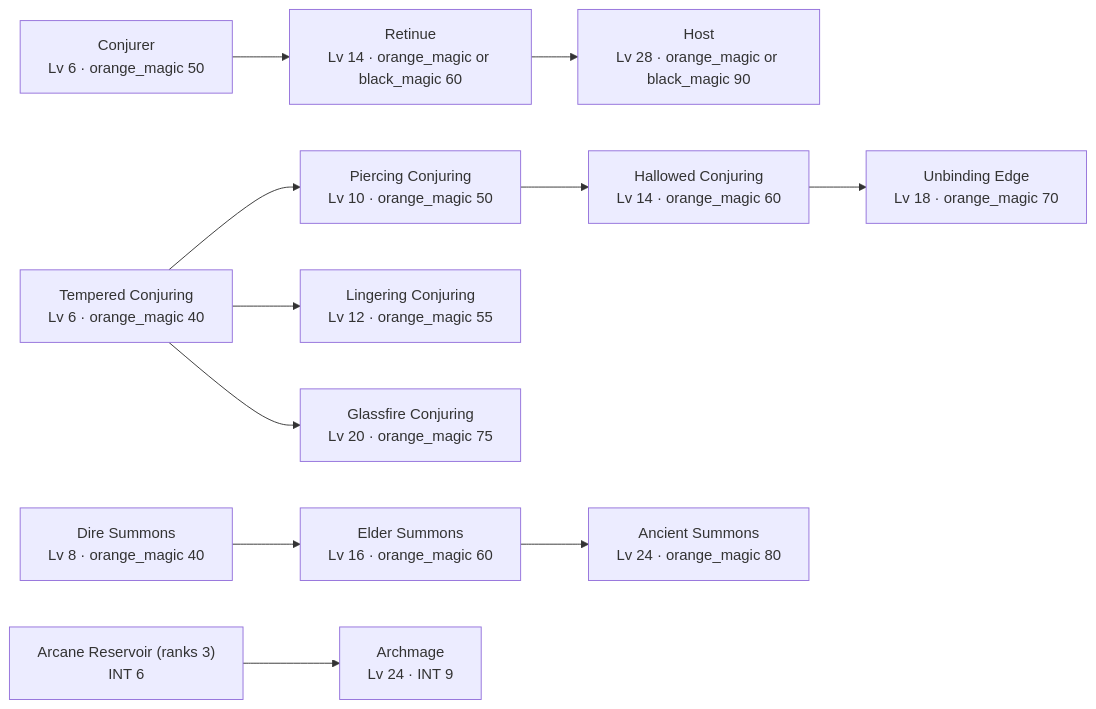
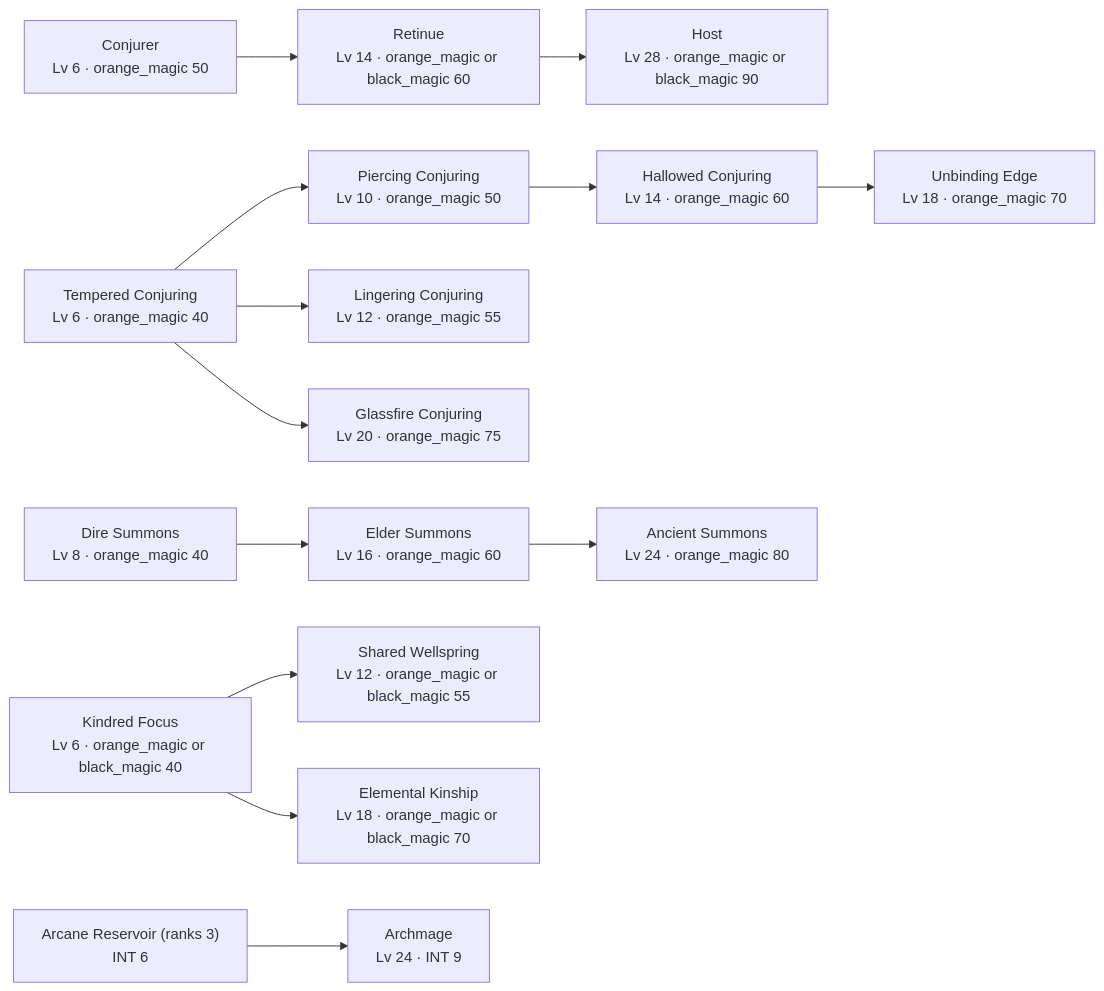
Before and after one commit to SETA1609/riftweave-core: the third of 5 diagrams in docs/core/perk-ladders.md, drawn with Mermaid. The commit also changed other lines of this file and 21 other files, not shown here.

````diff
--- a/docs/core/perk-ladders.md
+++ b/docs/core/perk-ladders.md
@@ -58,27 +58,32 @@
 ```mermaid
 graph LR
   arcane_reservoir["Arcane Reservoir (ranks 3)<br/>INT 6"]
   conjurer["Conjurer<br/>Lv 6 · orange_magic 50"]
   summon_retinue["Retinue<br/>Lv 14 · orange_magic or black_magic 60"]
   tempered_conjuring["Tempered Conjuring<br/>Lv 6 · orange_magic 40"]
   piercing_conjuring["Piercing Conjuring<br/>Lv 10 · orange_magic 50"]
   lingering_conjuring["Lingering Conjuring<br/>Lv 12 · orange_magic 55"]
   hallowed_conjuring["Hallowed Conjuring<br/>Lv 14 · orange_magic 60"]
   unbinding_edge["Unbinding Edge<br/>Lv 18 · orange_magic 70"]
   glassfire_conjuring["Glassfire Conjuring<br/>Lv 20 · orange_magic 75"]
   summon_host["Host<br/>Lv 28 · orange_magic or black_magic 90"]
   summon_dire["Dire Summons<br/>Lv 8 · orange_magic 40"]
   summon_elder["Elder Summons<br/>Lv 16 · orange_magic 60"]
   summon_ancient["Ancient Summons<br/>Lv 24 · orange_magic 80"]
+  kindred_focus["Kindred Focus<br/>Lv 6 · orange_magic or black_magic 40"]
+  shared_wellspring["Shared Wellspring<br/>Lv 12 · orange_magic or black_magic 55"]
+  elemental_kinship["Elemental Kinship<br/>Lv 18 · orange_magic or black_magic 70"]
   archmage["Archmage<br/>Lv 24 · INT 9"]
   conjurer --> summon_retinue
   tempered_conjuring --> piercing_conjuring
   tempered_conjuring --> lingering_conjuring
   piercing_conjuring --> hallowed_conjuring
   hallowed_conjuring --> unbinding_edge
   tempered_conjuring --> glassfire_conjuring
   summon_retinue --> summon_host
   summon_dire --> summon_elder
   summon_elder --> summon_ancient
+  kindred_focus --> shared_wellspring
+  kindred_focus --> elemental_kinship
   arcane_reservoir --> archmage
 ```
````
